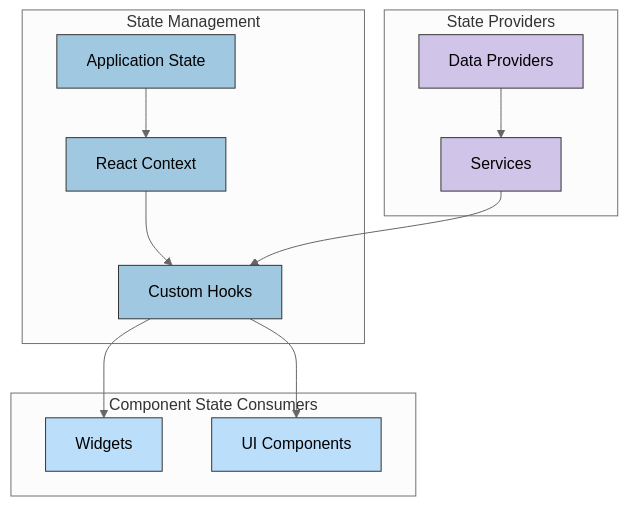
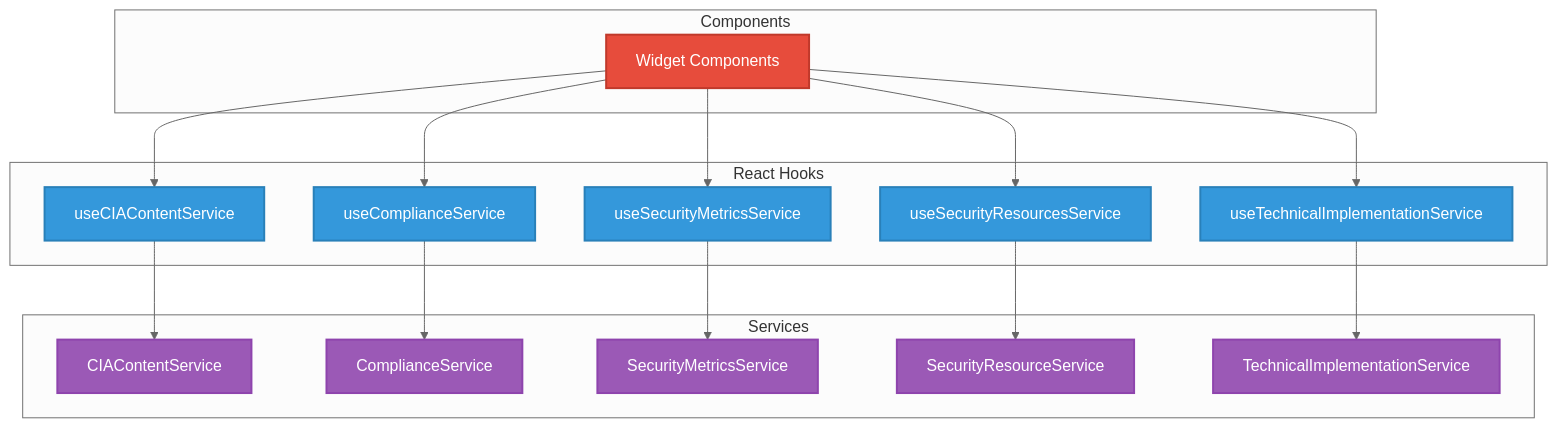
Before and after one commit to Hack23/cia-compliance-manager: the sixth of 8 diagrams in docs/architecture/SYSTEM_ARCHITECTURE.md, drawn with Mermaid (neutral theme). The commit also changed other lines of this file and 1 other file, not shown here.

First line of the commit message:
Add detailed widget analysis documentation for CIA Compliance Manager v1.0

````diff
--- a/docs/architecture/SYSTEM_ARCHITECTURE.md
+++ b/docs/architecture/SYSTEM_ARCHITECTURE.md
@@ -739,34 +315,37 @@
 ```mermaid
 flowchart TD
-    subgraph "State Management"
-        App[Application State]
-        Hooks[Custom Hooks]
-        Context[React Context]
+    subgraph "React Hooks"
+        useCIA[useCIAContentService]
+        useComp[useComplianceService]
+        useSecMetrics[useSecurityMetricsService]
+        useSecRes[useSecurityResourcesService]
+        useTech[useTechnicalImplementationService]
     end
     
-    subgraph "Component State Consumers"
-        Widgets[Widgets]
-        Components[UI Components]
+    subgraph "Services"
+        CIA[CIAContentService]
+        Comp[ComplianceService]
+        SecMetrics[SecurityMetricsService]
+        SecRes[SecurityResourceService]
+        Tech[TechnicalImplementationService]
     end
     
-    subgraph "State Providers"
-        Services[Services]
-        DataProviders[Data Providers]
+    subgraph "Components"
+        Widgets[Widget Components]
     end
     
-    App --> Context
-    Context --> Hooks
-    Services --> Hooks
-    DataProviders --> Services
+    Widgets --> useCIA & useComp & useSecMetrics & useSecRes & useTech
+    useCIA --> CIA
+    useComp --> Comp
+    useSecMetrics --> SecMetrics
+    useSecRes --> SecRes
+    useTech --> Tech
     
-    Hooks --> Widgets
-    Hooks --> Components
+    classDef hook fill:#3498db,stroke:#2980b9,stroke-width:2px,color:white
+    classDef service fill:#9b59b6,stroke:#8e44ad,stroke-width:2px,color:white
+    classDef component fill:#e74c3c,stroke:#c0392b,stroke-width:2px,color:white
     
-    classDef state fill:#a0c8e0,stroke:#333,stroke-width:1px,color:black
-    classDef consumer fill:#bbdefb,stroke:#333,stroke-width:1px,color:black
-    classDef provider fill:#d1c4e9,stroke:#333,stroke-width:1px,color:black
-    
-    class App,Context,Hooks state
-    class Widgets,Components consumer
-    class Services,DataProviders provider
+    class useCIA,useComp,useSecMetrics,useSecRes,useTech hook
+    class CIA,Comp,SecMetrics,SecRes,Tech service
+    class Widgets component
 ```
````
